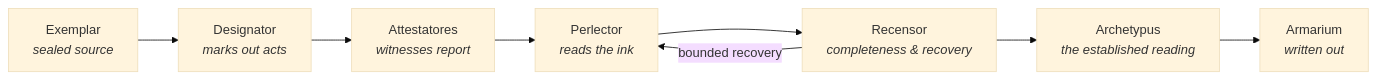
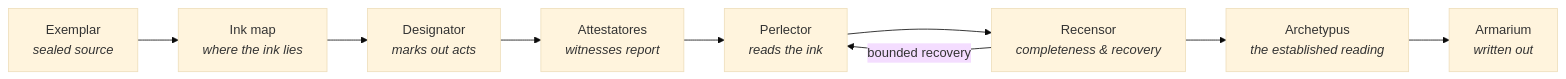
Before and after one commit to MegaSlick/Apparatus-Verbatus-Alpha: the first of 2 diagrams in ARCHITECTURE.md, drawn with Mermaid (base theme). The commit also changed other lines of this file and 25 other files, not shown here.

````diff
--- a/ARCHITECTURE.md
+++ b/ARCHITECTURE.md
@@ -28,10 +28,11 @@
 ```mermaid
 flowchart LR
-    A["Exemplar<br/><i>sealed source</i>"] --> B["Designator<br/><i>marks out acts</i>"]
+    A["Exemplar<br/><i>sealed source</i>"] --> I["Ink map<br/><i>where the ink lies</i>"]
+    I --> B["Designator<br/><i>marks out acts</i>"]
     B --> C["Attestatores<br/><i>witnesses report</i>"]
     C --> D["Perlector<br/><i>reads the ink</i>"]
     D --> E["Recensor<br/><i>completeness & recovery</i>"]
     E -->|"bounded recovery"| D
     E --> F["Archetypus<br/><i>the established reading</i>"]
     F --> G["Armarium<br/><i>written out</i>"]
 ```
````
